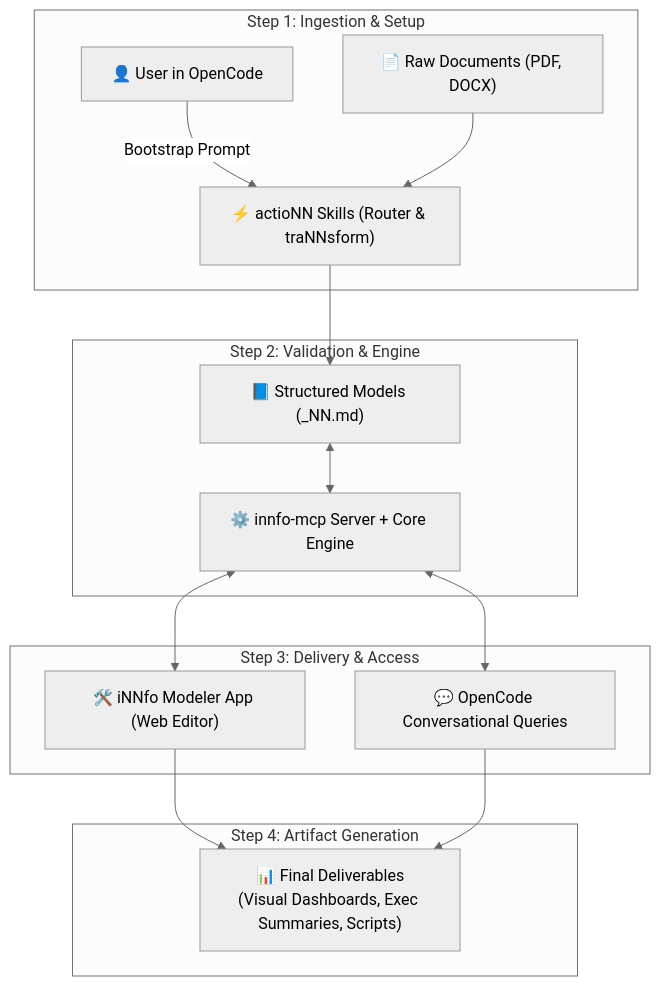
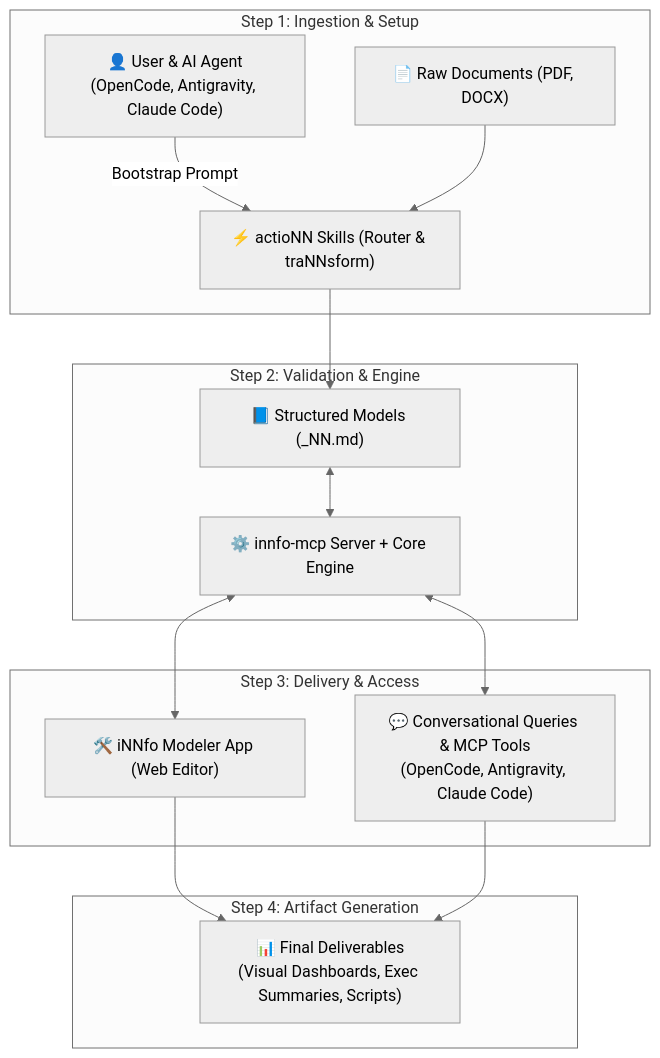
Before and after one commit to cogNNitive/cogNNitive: the diagram in docs/innfo/index.md, drawn with Mermaid (neutral theme). The commit also changed other lines of this file and 68 other files, not shown here.

````diff
--- a/docs/innfo/index.md
+++ b/docs/innfo/index.md
@@ -25,21 +25,21 @@
 ```mermaid
 flowchart TD
     subgraph Step1["Step 1: Ingestion & Setup"]
-        U["👤 User in OpenCode"] -->|Bootstrap Prompt| Router["⚡ actioNN Skills (Router & traNNsform)"]
+        U["👤 User & AI Agent\n(OpenCode, Antigravity, Claude Code)"] -->|Bootstrap Prompt| Router["⚡ actioNN Skills (Router & traNNsform)"]
         RawDocs["📄 Raw Documents (PDF, DOCX)"] --> Router
     end
 
     subgraph Step2["Step 2: Validation & Engine"]
         Router --> Models["📘 Structured Models (_NN.md)"]
         Models <--> MCP["⚙️ innfo-mcp Server + Core Engine"]
     end
 
     subgraph Step3["Step 3: Delivery & Access"]
         MCP <--> Modeler["🛠️ iNNfo Modeler App (Web Editor)"]
-        MCP <--> AgentChat["💬 OpenCode Conversational Queries"]
+        MCP <--> AgentChat["💬 Conversational Queries & MCP Tools\n(OpenCode, Antigravity, Claude Code)"]
     end
 
     subgraph Step4["Step 4: Artifact Generation"]
         Modeler & AgentChat --> Artifacts["📊 Final Deliverables\n(Visual Dashboards, Exec Summaries, Scripts)"]
     end
 ```
````
